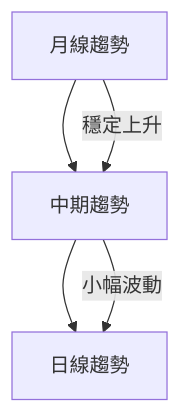
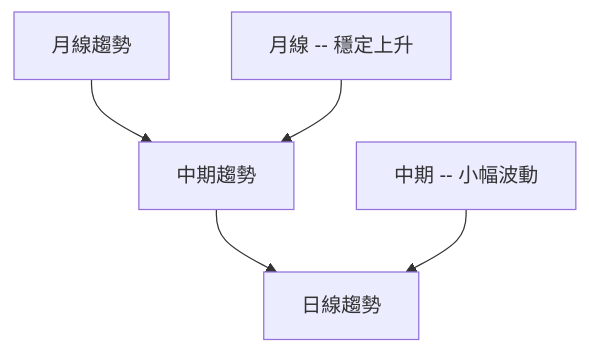
Before and after one commit to yennanliu/finance_data: the second of 9 diagrams in ai_gen_report/stock/msft/technical_analysis_2026-05-03_openai.md, drawn with Mermaid. The commit also changed other lines of this file and 2258 other files, not shown here.

First line of the commit message:
chore: backfill Mermaid syntax repair across existing reports

````diff
--- a/ai_gen_report/stock/msft/technical_analysis_2026-05-03_openai.md
+++ b/ai_gen_report/stock/msft/technical_analysis_2026-05-03_openai.md
@@ -103,7 +103,7 @@
 ```mermaid
 graph TD
     月線["月線趨勢"] --> 中期["中期趨勢"]
     中期 --> 日線["日線趨勢"]
-    月線 -- 穩定上升 --> 中期
-    中期 -- 小幅波動 --> 日線
+    nb1["月線 -- 穩定上升"] --> 中期
+    nb2["中期 -- 小幅波動"] --> 日線
 ```
````
